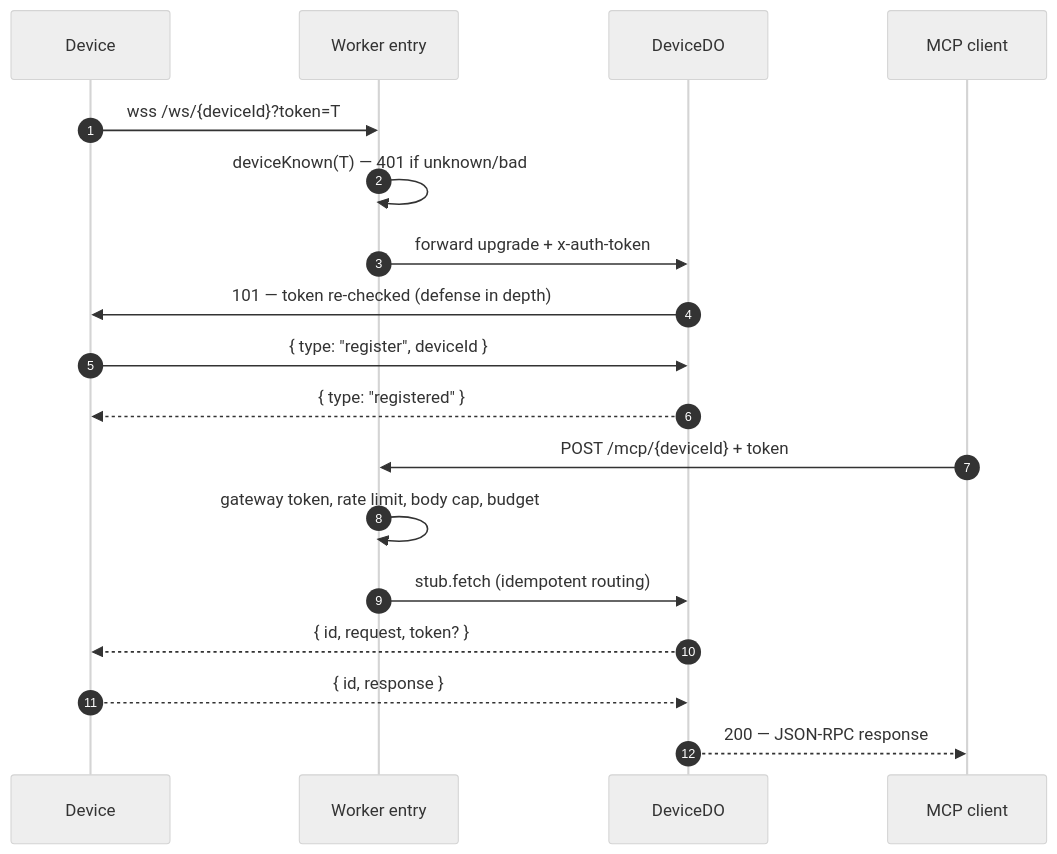
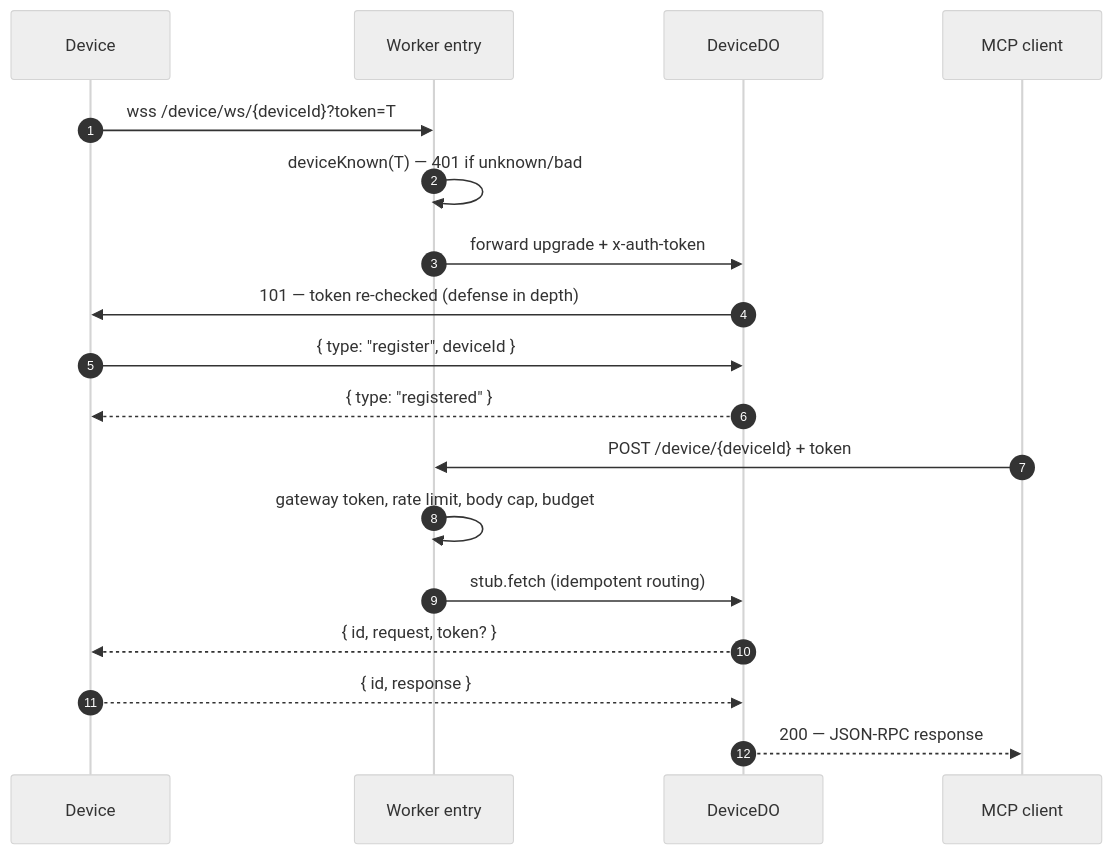
The second of 2 diagrams in api/README.md (Tuanm/prime), drawn with Mermaid (neutral theme) before and after one commit. The commit also changed other lines of this file and 16 other files, not shown here.

````diff
--- a/api/README.md
+++ b/api/README.md
@@ -42,22 +42,22 @@
 ```mermaid
 sequenceDiagram
     autonumber
     participant D as Device
     participant W as Worker entry
     participant DO as DeviceDO
     participant C as MCP client
 
-    D->>W: wss /ws/{deviceId}?token=T
+    D->>W: wss /device/ws/{deviceId}?token=T
     W->>W: deviceKnown(T) — 401 if unknown/bad
     W->>DO: forward upgrade + x-auth-token
     DO->>D: 101 — token re-checked (defense in depth)
     D->>DO: { type: "register", deviceId }
     DO-->>D: { type: "registered" }
 
-    C->>W: POST /mcp/{deviceId} + token
+    C->>W: POST /device/{deviceId} + token
     W->>W: gateway token, rate limit, body cap, budget
     W->>DO: stub.fetch (idempotent routing)
     DO-->>D: { id, request, token? }
     D-->>DO: { id, response }
     DO-->>C: 200 — JSON-RPC response
 ```
````
